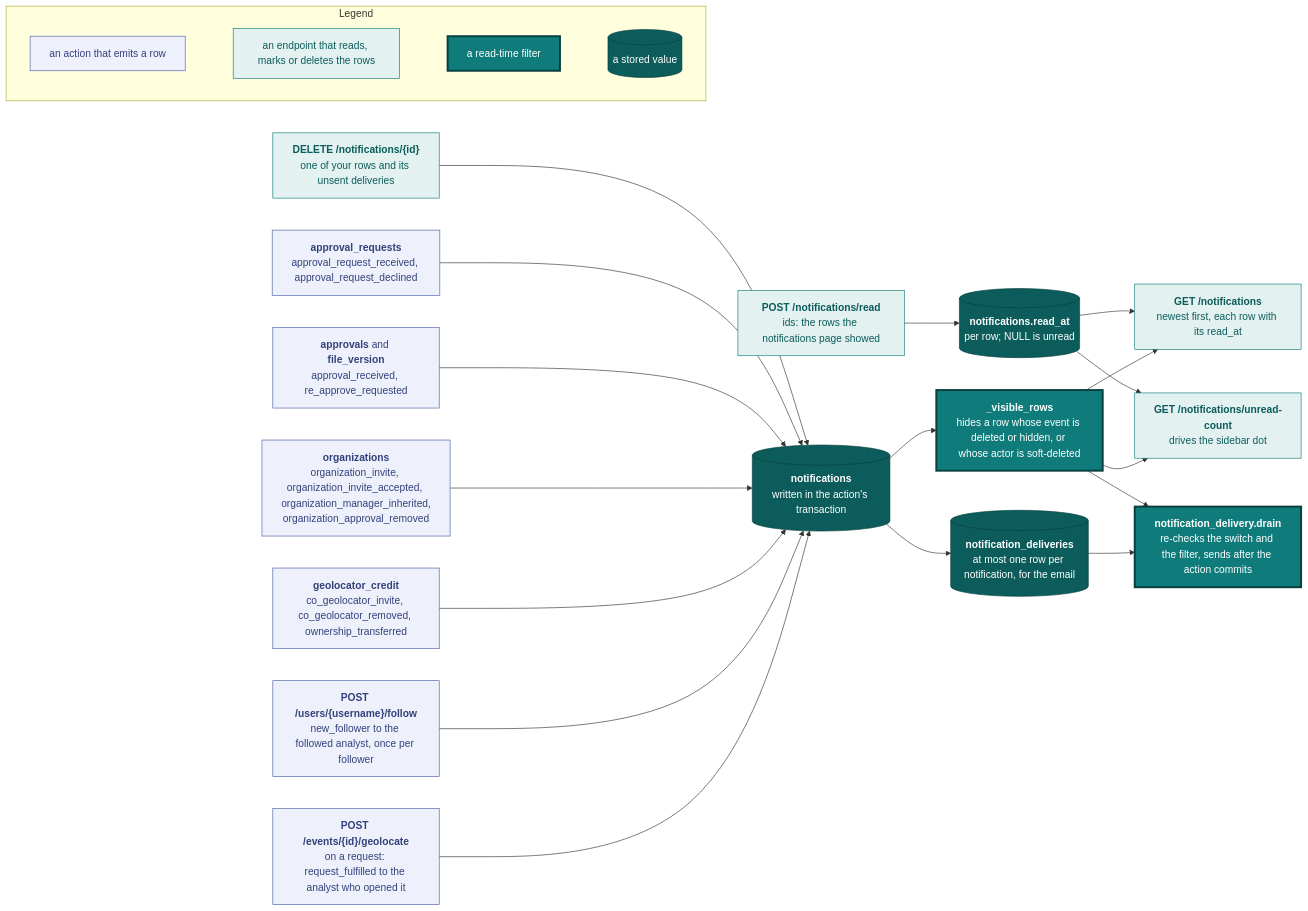
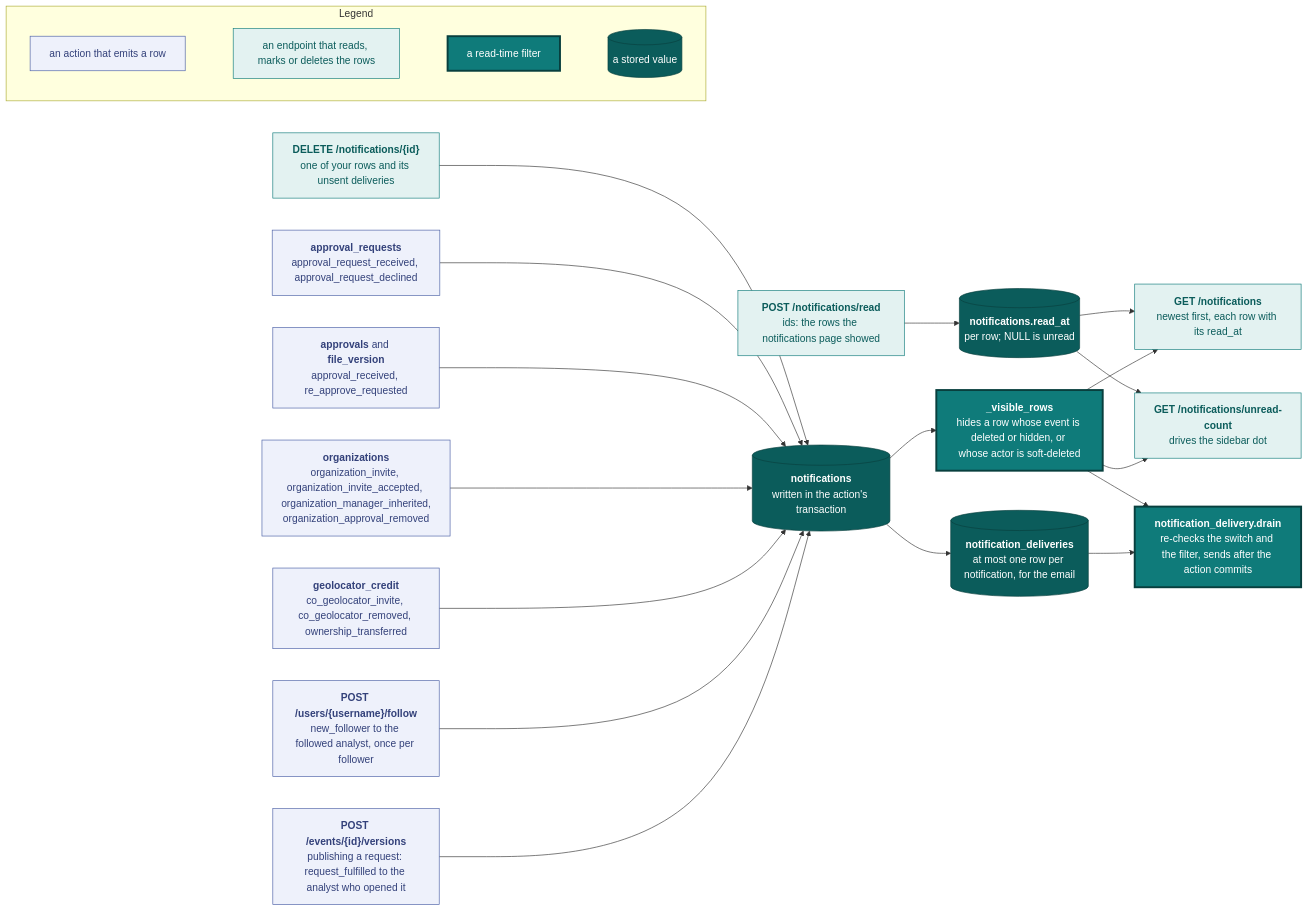
Before and after one commit to vidithq/vidit: the eighth of 9 diagrams in docs/api.md, drawn with Mermaid. The commit also changed other lines of this file and 6 other files, not shown here.

````diff
--- a/docs/api.md
+++ b/docs/api.md
@@ -2671,64 +2640,64 @@
 ```mermaid
 flowchart LR
   classDef spec fill:#eef1fb,stroke:#4a5fa5,color:#33417a
   classDef shared fill:#e3f2f1,stroke:#0f7b7a,color:#0b5c5b
   classDef core fill:#0f7b7a,stroke:#083f3e,stroke-width:3px,color:#ffffff
   classDef store fill:#0b5c5b,stroke:#083f3e,color:#ffffff
 
   subgraph legend [Legend]
     direction LR
     l1["`an action that emits a row`"]:::spec
     l2["`an endpoint that reads, marks or deletes the rows`"]:::shared
     l3["`a read-time filter`"]:::core
     l4[("`a stored value`")]:::store
     l1 ~~~ l2 ~~~ l3 ~~~ l4
   end
 
-  geolocate["`**POST /events/{id}/geolocate**
-  on a request: request_fulfilled to the analyst who opened it`"]:::spec
+  publish["`**POST /events/{id}/versions**
+  publishing a request: request_fulfilled to the analyst who opened it`"]:::spec
   follow["`**POST /users/{username}/follow**
   new_follower to the followed analyst, once per follower`"]:::spec
   credit["`**geolocator_credit**
   co_geolocator_invite, co_geolocator_removed, ownership_transferred`"]:::spec
   orgs["`**organizations**
   organization_invite, organization_invite_accepted, organization_manager_inherited,
   organization_approval_removed`"]:::spec
   approvals["`**approvals** and **file_version**
   approval_received, re_approve_requested`"]:::spec
   reviews["`**approval_requests**
   approval_request_received, approval_request_declined`"]:::spec
   rows[("`**notifications**
   written in the action's transaction`")]:::store
   visible["`**_visible_rows**
   hides a row whose event is deleted or hidden, or whose actor is soft-deleted`"]:::core
   list["`**GET /notifications**
   newest first, each row with its read_at`"]:::shared
   count["`**GET /notifications/unread-count**
   drives the sidebar dot`"]:::shared
   read["`**POST /notifications/read**
   ids: the rows the notifications page showed`"]:::shared
   delete["`**DELETE /notifications/{id}**
   one of your rows and its unsent deliveries`"]:::shared
   readat[("`**notifications.read_at**
   per row; NULL is unread`")]:::store
   queue[("`**notification_deliveries**
   at most one row per notification, for the email`")]:::store
   worker["`**notification_delivery.drain**
   re-checks the switch and the filter, sends after the action commits`"]:::core
 
-  geolocate --> rows
+  publish --> rows
   follow --> rows
   credit --> rows
   orgs --> rows
   approvals --> rows
   reviews --> rows
   rows --> visible
   visible --> list
   visible --> count
   read --> readat
   readat --> count
   readat --> list
   rows --> queue --> worker
   visible --> worker
   delete --> rows
 ```
````
